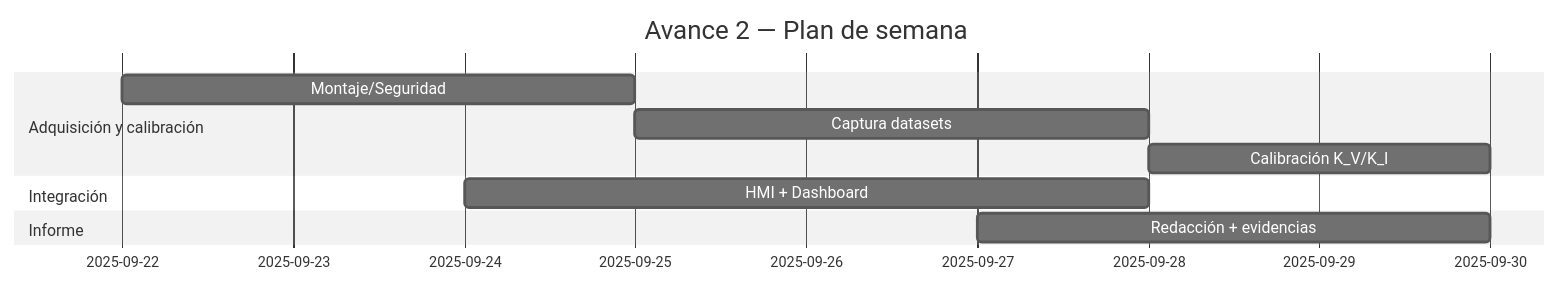
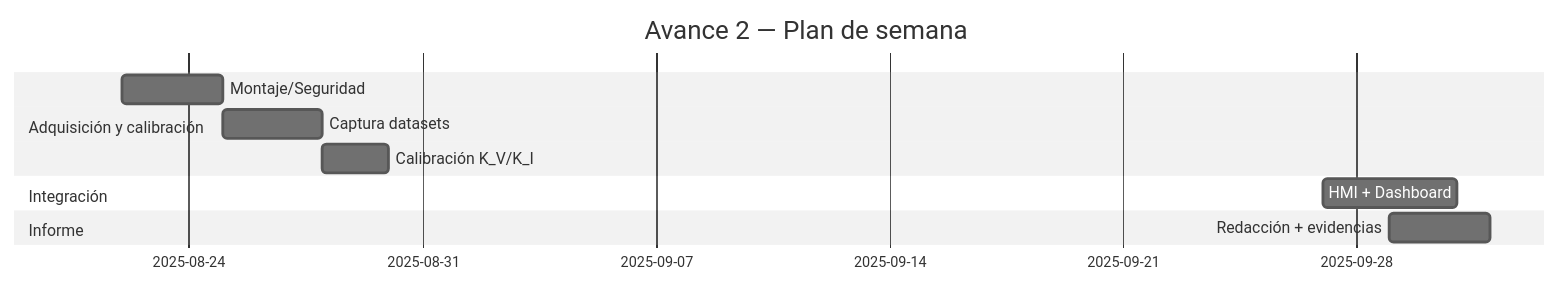
Before and after one commit to JuanDLemus/Agrar-Smart-Greenhouse: the second of 2 diagrams in Corte2.md, drawn with Mermaid (neutral theme).

````diff
--- a/Corte2.md
+++ b/Corte2.md
@@ -268,13 +268,13 @@
 ```mermaid
 gantt
   dateFormat  YYYY-MM-DD
   title Avance 2 — Plan de semana
   section Adquisición y calibración
-  Montaje/Seguridad    :a1, 2025-09-22, 3d
+  Montaje/Seguridad    :a1, 2025-08-22, 3d
   Captura datasets     :a2, after a1, 3d
   Calibración K_V/K_I  :a3, after a2, 2d
   section Integración
-  HMI + Dashboard      :b1, 2025-09-24, 4d
+  HMI + Dashboard      :b1, 2025-09-27, 4d
   section Informe
-  Redacción + evidencias:b2, 2025-09-27, 3d
+  Redacción + evidencias:b2, 2025-09-29, 3d
 ```
````
